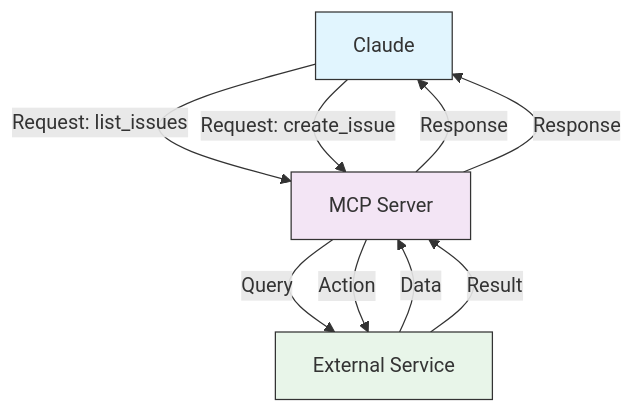
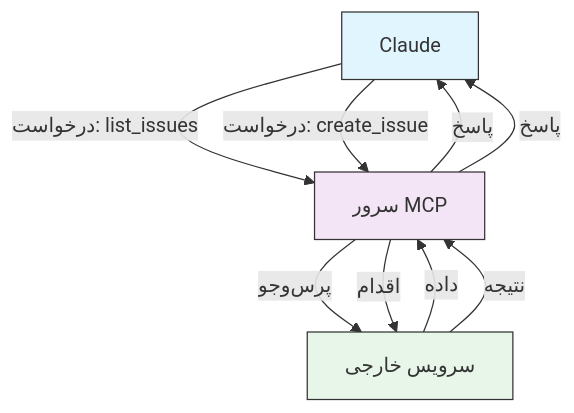
The first of 7 diagrams in fa/05-mcp/README.md (hassanbht/claude-howto), drawn with Mermaid before and after one commit. The commit also changed other lines of this file and 53 other files, not shown here.

````diff
--- a/fa/05-mcp/README.md
+++ b/fa/05-mcp/README.md
@@ -23,20 +23,20 @@
 ```mermaid
 graph TB
     A["Claude"]
-    B["MCP Server"]
-    C["External Service"]
+    B["سرور MCP"]
+    C["سرویس خارجی"]
 
-    A -->|Request: list_issues| B
-    B -->|Query| C
-    C -->|Data| B
-    B -->|Response| A
+    A -->|درخواست: list_issues| B
+    B -->|پرس‌وجو| C
+    C -->|داده| B
+    B -->|پاسخ| A
 
-    A -->|Request: create_issue| B
-    B -->|Action| C
-    C -->|Result| B
-    B -->|Response| A
+    A -->|درخواست: create_issue| B
+    B -->|اقدام| C
+    C -->|نتیجه| B
+    B -->|پاسخ| A
 
     style A fill:#e1f5fe,stroke:#333,color:#333
     style B fill:#f3e5f5,stroke:#333,color:#333
     style C fill:#e8f5e9,stroke:#333,color:#333
 ```
````
